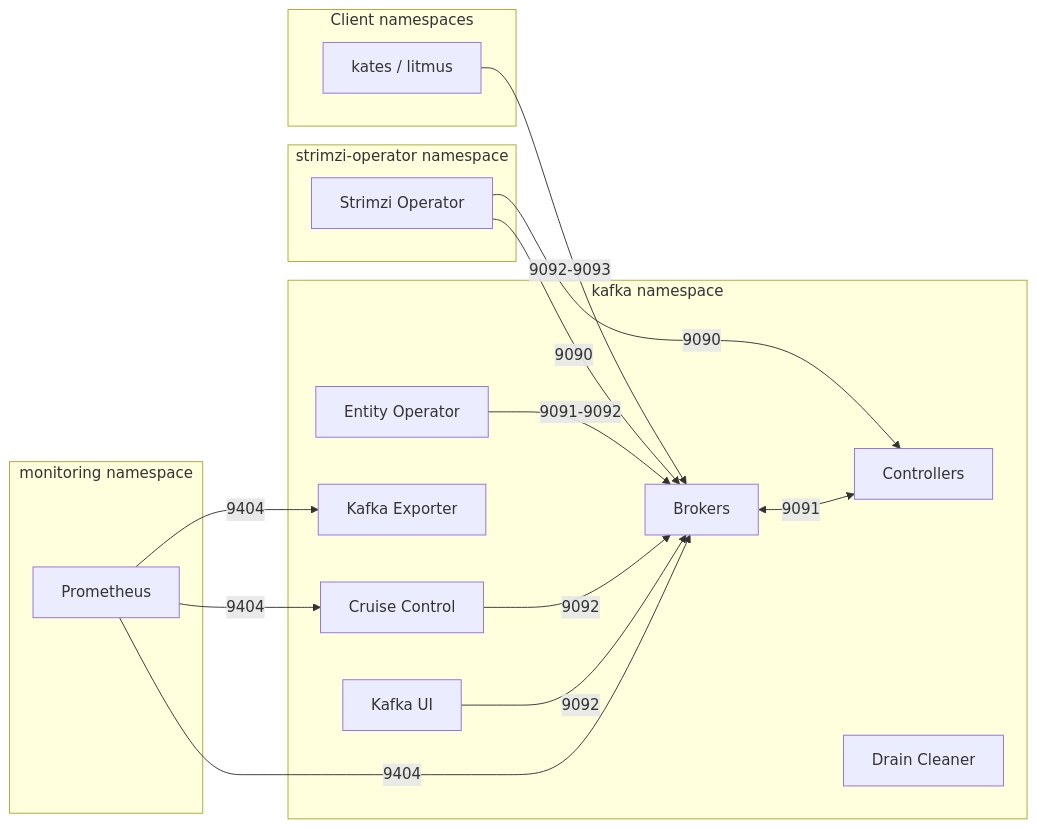
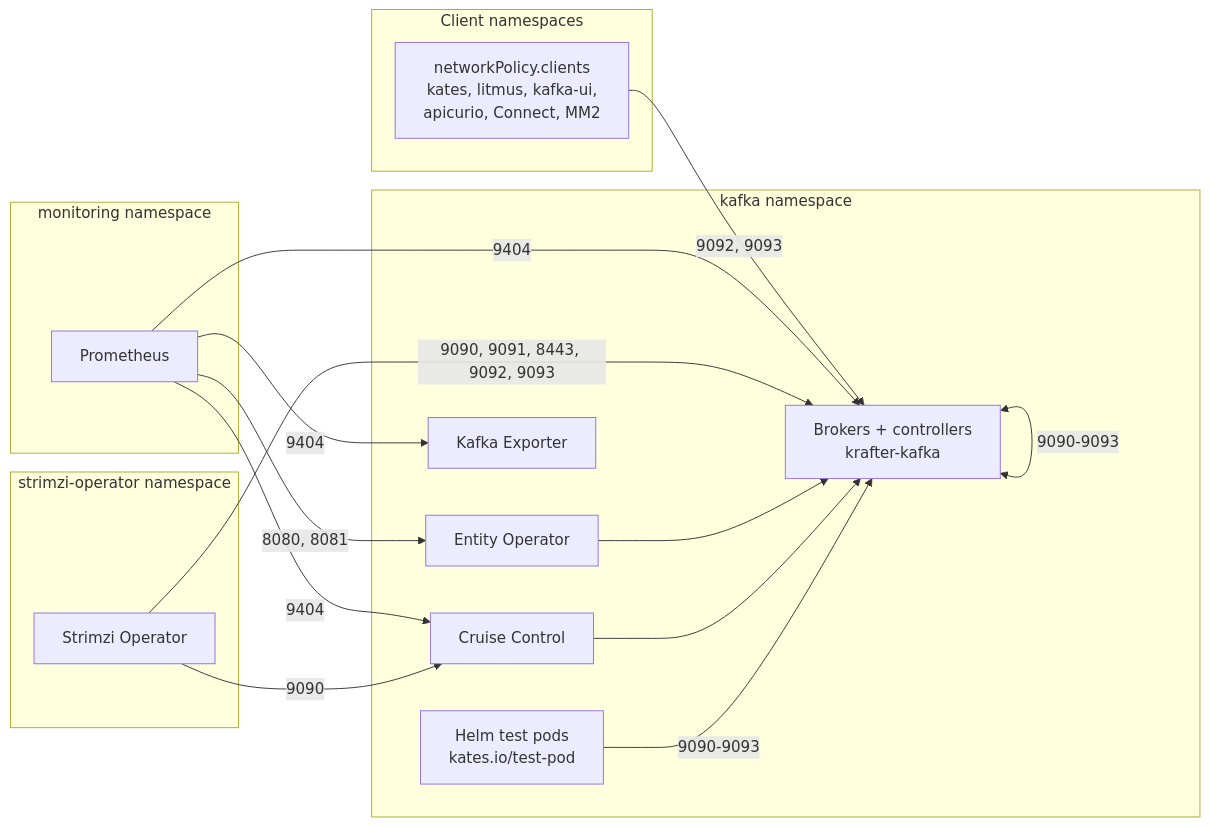
The third of 5 diagrams in docs/book/20-installation-guide.md (actions-marketplace-validations/bmscomp_kates), drawn with Mermaid before and after one commit. The commit also changed other lines of this file and 284 other files, not shown here.

````diff
--- a/docs/book/20-installation-guide.md
+++ b/docs/book/20-installation-guide.md
@@ -928,32 +1124,31 @@
 ```mermaid
 graph LR
     subgraph "kafka namespace"
-        B[Brokers]
-        C[Controllers]
+        B["Brokers + controllers<br/>krafter-kafka"]
         EO[Entity Operator]
         CC[Cruise Control]
         KE[Kafka Exporter]
-        DC[Drain Cleaner]
-        UI[Kafka UI]
+        TP["Helm test pods<br/>kates.io/test-pod"]
     end
     subgraph "monitoring namespace"
         P[Prometheus]
     end
     subgraph "strimzi-operator namespace"
         SO[Strimzi Operator]
     end
     subgraph "Client namespaces"
-        CL["kates / litmus"]
+        CL["networkPolicy.clients<br/>kates, litmus, kafka-ui,<br/>apicurio, Connect, MM2"]
     end
 
-    CL -->|"9092-9093"| B
+    CL -->|"9092, 9093"| B
     P -->|"9404"| B
     P -->|"9404"| CC
     P -->|"9404"| KE
-    SO -->|"9090"| B
-    SO -->|"9090"| C
-    B <-->|"9091"| C
-    EO -->|"9091-9092"| B
-    CC -->|"9092"| B
-    UI -->|"9092"| B
+    P -->|"8080, 8081"| EO
+    SO -->|"9090, 9091, 8443, 9092, 9093"| B
+    SO -->|"9090"| CC
+    B <-->|"9090-9093"| B
+    EO --> B
+    CC --> B
+    TP -->|"9090-9093"| B
 ```
````
